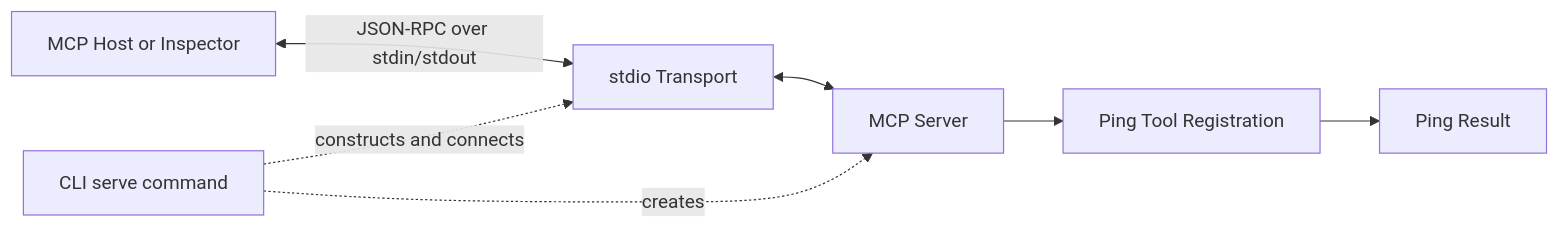
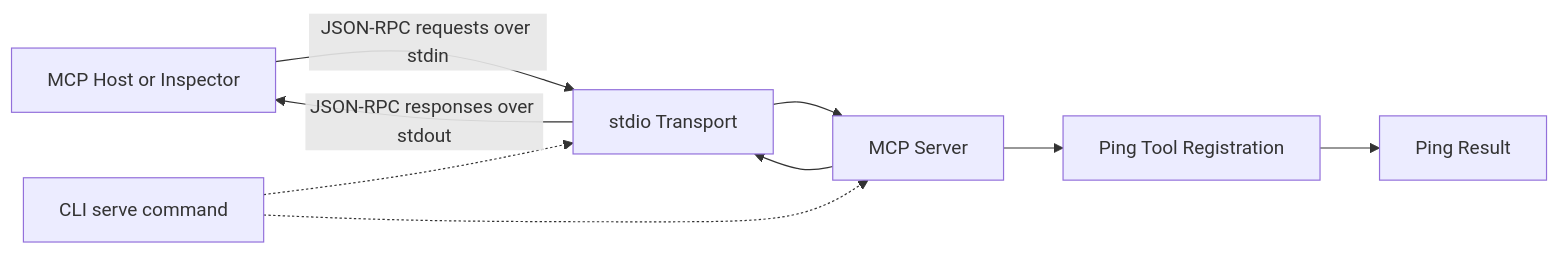
Before and after one commit to anilloutombam/mcp-failure-lab: the first of 2 diagrams in README.md, drawn with Mermaid. The commit also changed other lines of this file, not shown here.

Commit message:
docs: fix architecture diagram and project structure

````diff
--- a/README.md
+++ b/README.md
@@ -34,16 +34,18 @@
 ```mermaid
 flowchart LR
     H["MCP Host or Inspector"]
     T["stdio Transport"]
     S["MCP Server"]
     R["Ping Tool Registration"]
     P["Ping Result"]
 
-    H <-->|"JSON-RPC over stdin/stdout"| T
-    T <--> S
+    H -->|"JSON-RPC requests over stdin"| T
+    T -->|"JSON-RPC responses over stdout"| H
+    T --> S
+    S --> T
     S --> R
     R --> P
 
-    C["CLI serve command"] -.->|"constructs and connects"| T
-    C -.->|"creates"| S
+    C["CLI serve command"] -.-> T
+    C -.-> S
 ```
````
